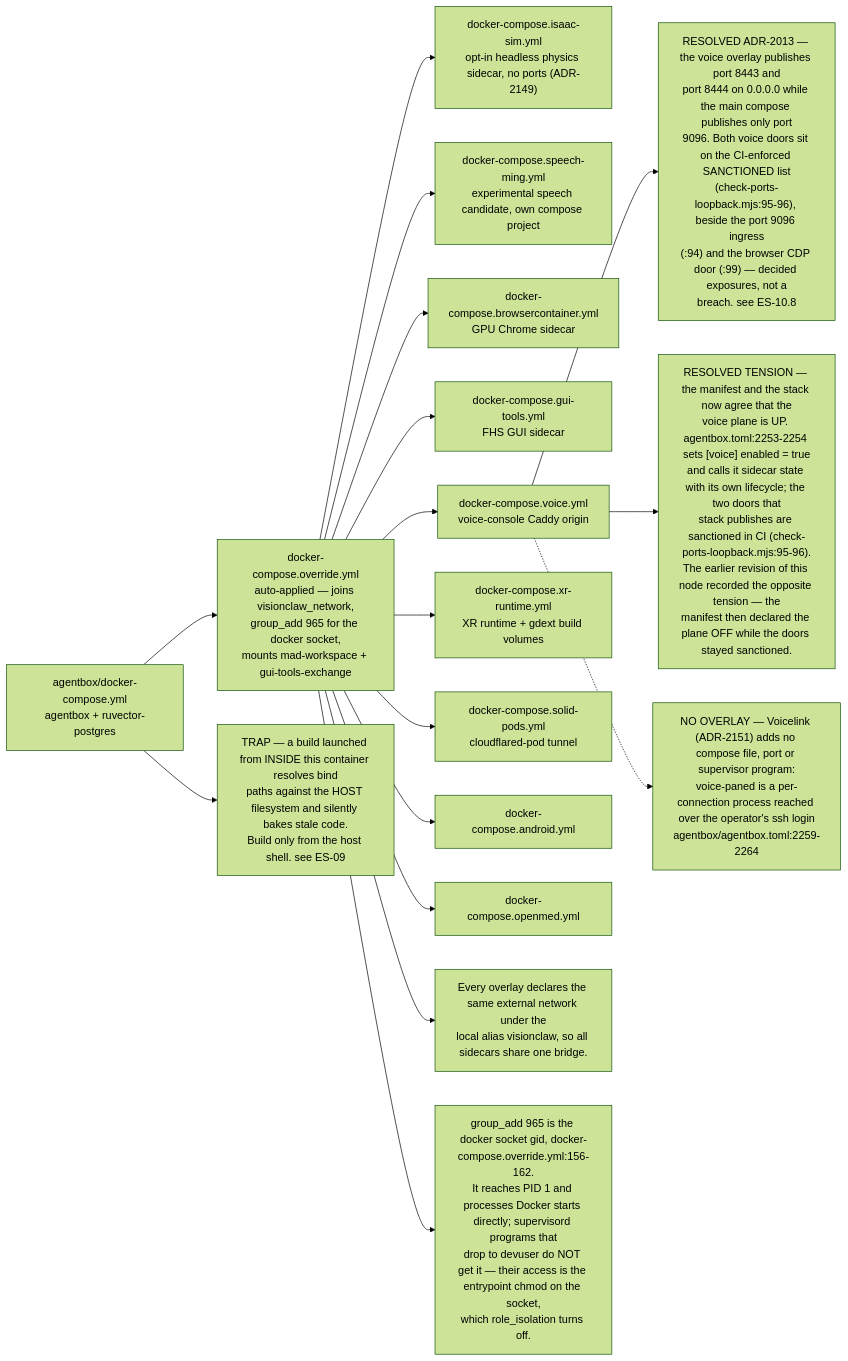
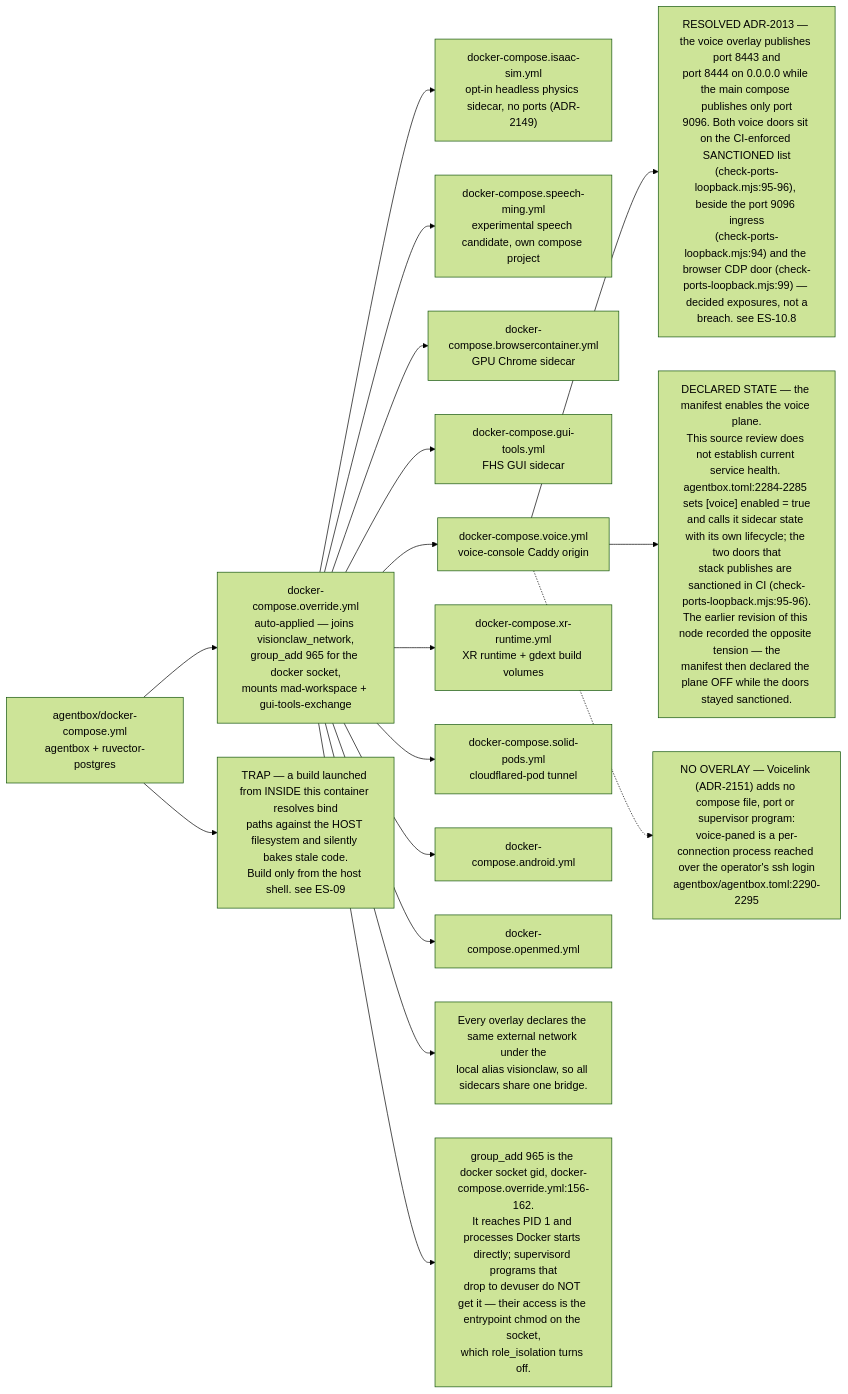
Before and after one commit to DreamLab-AI/VisionFlow: the fifth of 8 diagrams in docs/diagrams/estate/01-estate-topology.md, drawn with Mermaid (forest theme). The commit also changed other lines of this file and 5 other files, not shown here.

````diff
--- a/docs/diagrams/estate/01-estate-topology.md
+++ b/docs/diagrams/estate/01-estate-topology.md
@@ -229,40 +230,40 @@
 ```mermaid
 flowchart LR
     BASE["agentbox/docker-compose.yml<br/>agentbox + ruvector-postgres"]
     OV["docker-compose.override.yml<br/>auto-applied — joins visionclaw_network,<br/>group_add 965 for the docker socket,<br/>mounts mad-workspace + gui-tools-exchange"]
     ISF["docker-compose.isaac-sim.yml<br/>opt-in headless physics sidecar, no ports (ADR-2149)"]
     SMF["docker-compose.speech-ming.yml<br/>experimental speech candidate, own compose project"]
     BCF["docker-compose.browsercontainer.yml<br/>GPU Chrome sidecar"]
     GTF["docker-compose.gui-tools.yml<br/>FHS GUI sidecar"]
     VF["docker-compose.voice.yml<br/>voice-console Caddy origin"]
     XF["docker-compose.xr-runtime.yml<br/>XR runtime + gdext build volumes"]
     SPF["docker-compose.solid-pods.yml<br/>cloudflared-pod tunnel"]
     ANF["docker-compose.android.yml"]
     OMF["docker-compose.openmed.yml"]
 
     BASE --> OV
     OV --> BCF
     OV --> GTF
     OV --> VF
     OV --> XF
     OV --> SPF
     OV --> ANF
     OV --> OMF
     OV --> ISF
     OV --> SMF
 
     N1["Every overlay declares the same external network under the<br/>local alias visionclaw, so all sidecars share one bridge."]
     N2["group_add 965 is the docker socket gid, docker-compose.override.yml:156-162.<br/>It reaches PID 1 and processes Docker starts directly; supervisord programs that<br/>drop to devuser do NOT get it — their access is the entrypoint chmod on the socket,<br/>which role_isolation turns off."]
-    D1["RESOLVED ADR-2013 — the voice overlay publishes port 8443 and<br/>port 8444 on 0.0.0.0 while the main compose publishes only port<br/>9096. Both voice doors sit on the CI-enforced SANCTIONED list<br/>(check-ports-loopback.mjs:95-96), beside the port 9096 ingress<br/>(:94) and the browser CDP door (:99) — decided exposures, not a<br/>breach. see ES-10.8"]
-    D3["RESOLVED TENSION — the manifest and the stack now agree that the<br/>voice plane is UP. agentbox.toml:2253-2254 sets [voice] enabled = true<br/>and calls it sidecar state with its own lifecycle; the two doors that<br/>stack publishes are sanctioned in CI (check-ports-loopback.mjs:95-96).<br/>The earlier revision of this node recorded the opposite tension — the<br/>manifest then declared the plane OFF while the doors stayed sanctioned."]
+    D1["RESOLVED ADR-2013 — the voice overlay publishes port 8443 and<br/>port 8444 on 0.0.0.0 while the main compose publishes only port<br/>9096. Both voice doors sit on the CI-enforced SANCTIONED list<br/>(check-ports-loopback.mjs:95-96), beside the port 9096 ingress<br/>(check-ports-loopback.mjs:94) and the browser CDP door (check-ports-loopback.mjs:99) — decided exposures, not a<br/>breach. see ES-10.8"]
+    D3["DECLARED STATE — the manifest enables the voice plane.<br/>This source review does not establish current service health. agentbox.toml:2284-2285 sets [voice] enabled = true<br/>and calls it sidecar state with its own lifecycle; the two doors that<br/>stack publishes are sanctioned in CI (check-ports-loopback.mjs:95-96).<br/>The earlier revision of this node recorded the opposite tension — the<br/>manifest then declared the plane OFF while the doors stayed sanctioned."]
     D2["TRAP — a build launched from INSIDE this container resolves bind<br/>paths against the HOST filesystem and silently bakes stale code.<br/>Build only from the host shell. see ES-09"]
 
-    VL["NO OVERLAY — Voicelink (ADR-2151) adds no compose file, port or supervisor program:<br/>voice-paned is a per-connection process reached over the operator's ssh login<br/>agentbox/agentbox.toml:2259-2264"]
+    VL["NO OVERLAY — Voicelink (ADR-2151) adds no compose file, port or supervisor program:<br/>voice-paned is a per-connection process reached over the operator's ssh login<br/>agentbox/agentbox.toml:2290-2295"]
 
     OV --> N1
     OV --> N2
     VF --> D1
     VF --> D3
     BASE --> D2
     VF -.-> VL
 ```
````
